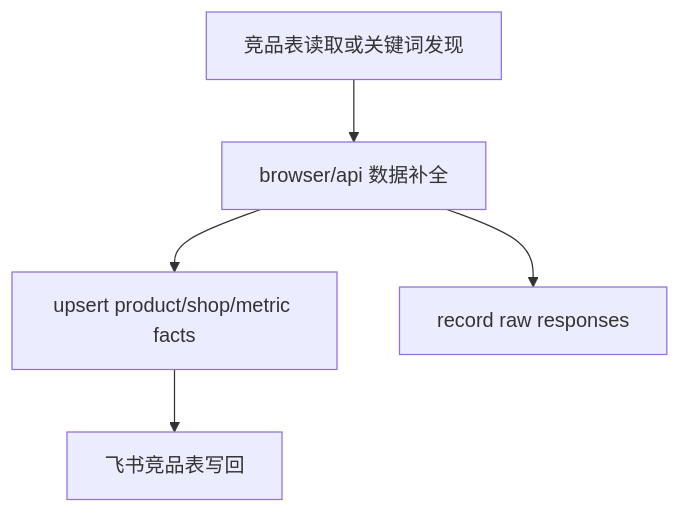
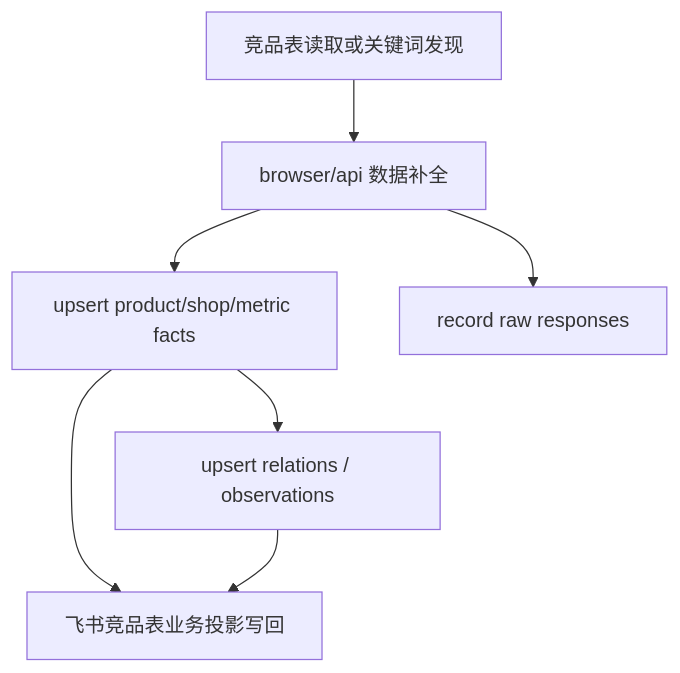
Before and after one commit to knighterrantsky/mujitask: the fourth of 4 diagrams in docs/arch/fact-db-schema-design.md, drawn with Mermaid. The commit also changed other lines of this file and 3 other files, not shown here.

````diff
--- a/docs/arch/fact-db-schema-design.md
+++ b/docs/arch/fact-db-schema-design.md
@@ -248,7 +314,9 @@
 ```mermaid
 flowchart TD
     A["竞品表读取或关键词发现"] --> B["browser/api 数据补全"]
     B --> C["upsert product/shop/metric facts"]
     B --> D["record raw responses"]
-    C --> E["飞书竞品表写回"]
+    C --> E["upsert relations / observations"]
+    C --> F["飞书竞品表业务投影写回"]
+    E --> F
 ```
````
